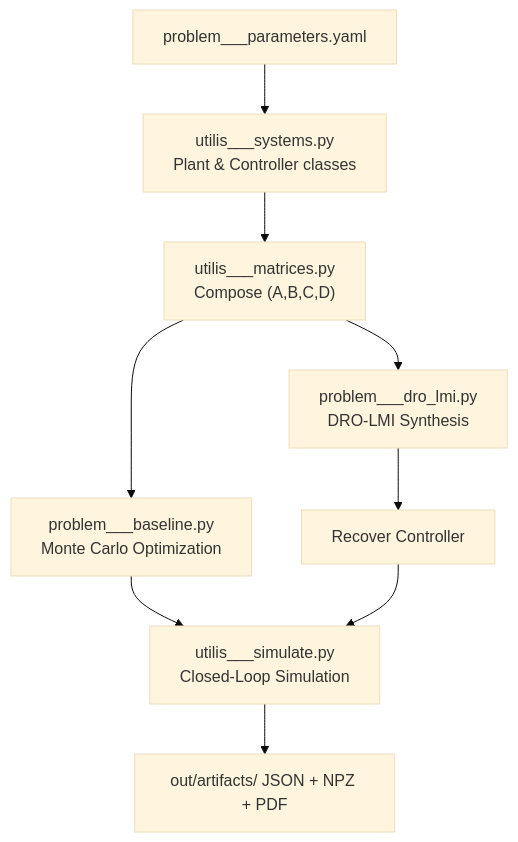
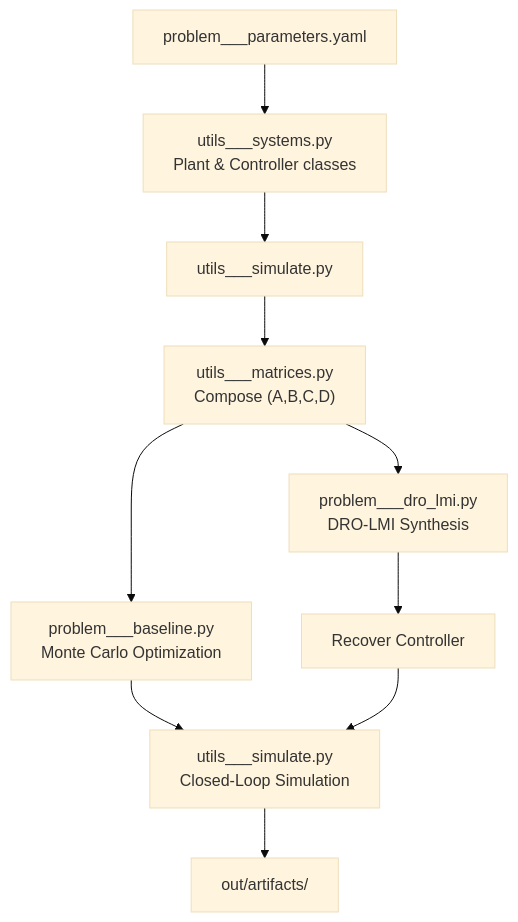
Before and after one commit to FiengoKineton/DR-LDC: the diagram in README.md, drawn with Mermaid (base theme).

````diff
--- a/README.md
+++ b/README.md
@@ -62,11 +62,12 @@
 ```mermaid
 flowchart TD
-    P1["problem___parameters.yaml"] --> A1["utilis___systems.py<br/>Plant &amp; Controller classes"]
-    A1 --> A2["utilis___matrices.py<br/>Compose (A,B,C,D)"]
+    P1["problem___parameters.yaml"] --> A1["utils___systems.py<br/>Plant &amp; Controller classes"]
+    A1 --> A0["utils___simulate.py<br/Gather OpenLoop Data>"]
+    A0 --> A2["utils___matrices.py<br/>Compose (A,B,C,D)"]
     A2 --> A3["problem___baseline.py<br/>Monte Carlo Optimization"]
     A2 --> A4["problem___dro_lmi.py<br/>DRO-LMI Synthesis"]
-    A3 --> S1["utilis___simulate.py<br/>Closed-Loop Simulation"]
+    A3 --> S1["utils___simulate.py<br/>Closed-Loop Simulation"]
     A4 --> R1["Recover Controller"]
     R1 --> S1
-    S1 --> OUT["out/artifacts/ JSON + NPZ + PDF"]
+    S1 --> OUT["out/artifacts/ <br/JSON + NPZ + PDF>"]
 ```
````
